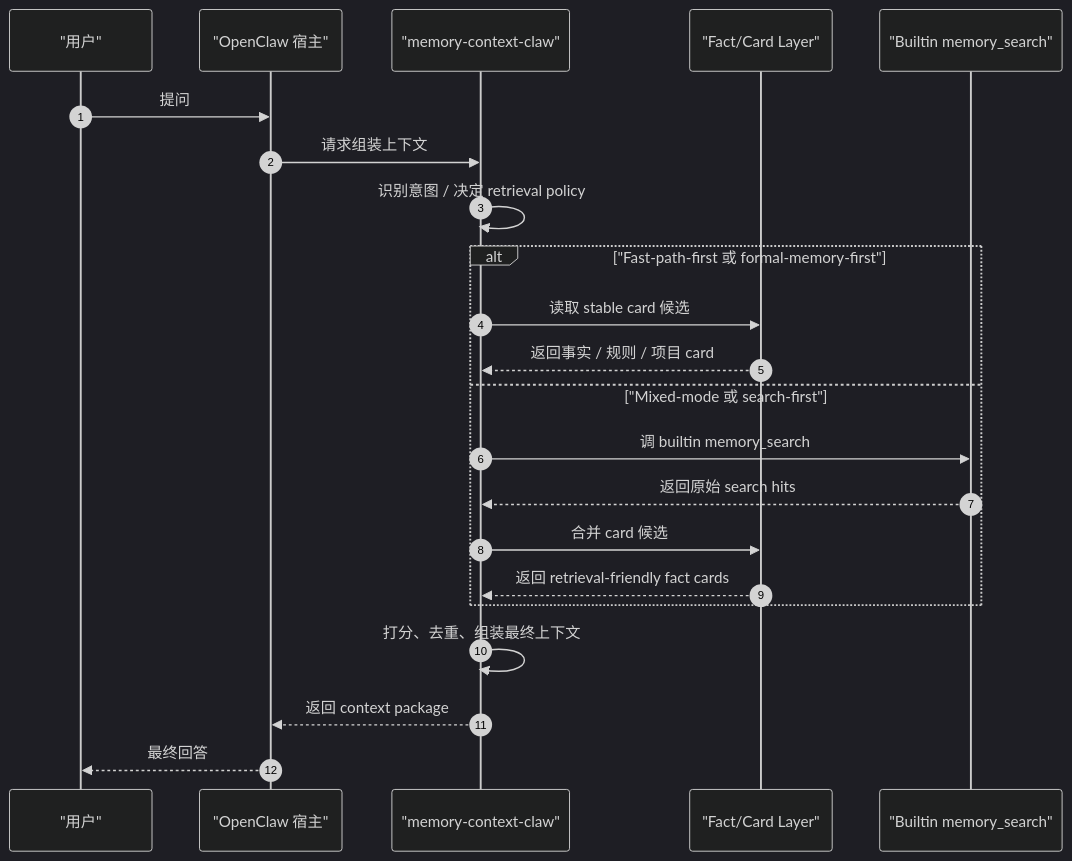
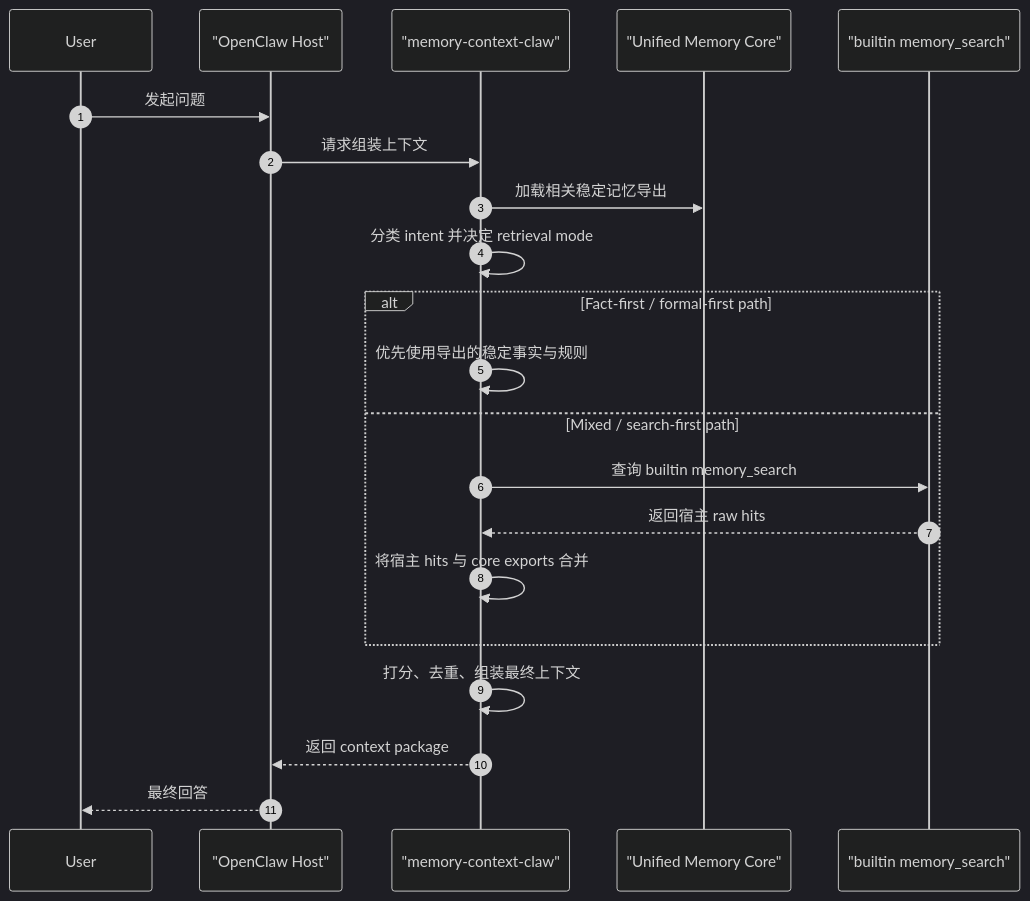
The tenth of 12 diagrams in system-architecture.md (redcreen/memory-context-claw), drawn with Mermaid (dark theme) before and after one commit. The commit also changed other lines of this file and 5 other files, not shown here.

Commit message:
Refresh top-level architecture docs

````diff
--- a/system-architecture.md
+++ b/system-architecture.md
@@ -557,27 +539,26 @@
 ```mermaid
 sequenceDiagram
     autonumber
-    participant User as "用户"
-    participant Host as "OpenClaw 宿主"
-    participant Plugin as "memory-context-claw"
-    participant Cards as "Fact/Card Layer"
-    participant Search as "Builtin memory_search"
+    participant User
+    participant Host as "OpenClaw Host"
+    participant Adapter as "memory-context-claw"
+    participant Core as "Unified Memory Core"
+    participant Search as "builtin memory_search"
 
-    User->>Host: 提问
-    Host->>Plugin: 请求组装上下文
-    Plugin->>Plugin: 识别意图 / 决定 retrieval policy
+    User->>Host: 发起问题
+    Host->>Adapter: 请求组装上下文
+    Adapter->>Core: 加载相关稳定记忆导出
+    Adapter->>Adapter: 分类 intent 并决定 retrieval mode
 
-    alt "Fast-path-first 或 formal-memory-first"
-        Plugin->>Cards: 读取 stable card 候选
-        Cards-->>Plugin: 返回事实 / 规则 / 项目 card
-    else "Mixed-mode 或 search-first"
-        Plugin->>Search: 调 builtin memory_search
-        Search-->>Plugin: 返回原始 search hits
-        Plugin->>Cards: 合并 card 候选
-        Cards-->>Plugin: 返回 retrieval-friendly fact cards
+    alt Fact-first / formal-first path
+        Adapter->>Adapter: 优先使用导出的稳定事实与规则
+    else Mixed / search-first path
+        Adapter->>Search: 查询 builtin memory_search
+        Search-->>Adapter: 返回宿主 raw hits
+        Adapter->>Adapter: 将宿主 hits 与 core exports 合并
     end
 
-    Plugin->>Plugin: 打分、去重、组装最终上下文
-    Plugin-->>Host: 返回 context package
+    Adapter->>Adapter: 打分、去重、组装最终上下文
+    Adapter-->>Host: 返回 context package
     Host-->>User: 最终回答
 ```
````
